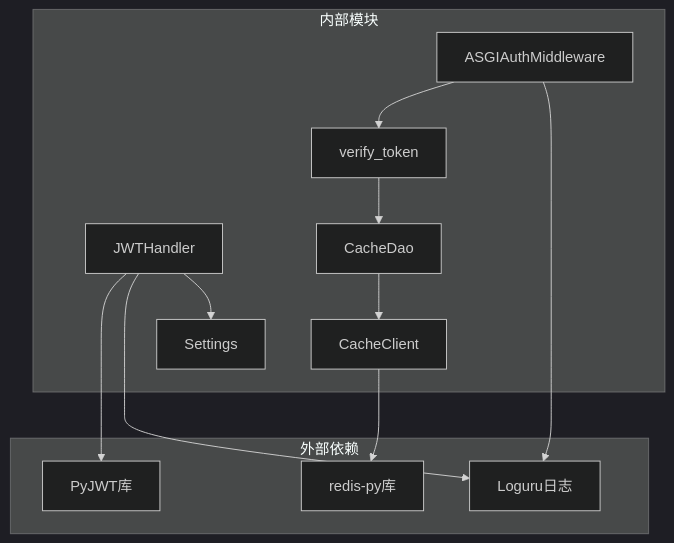
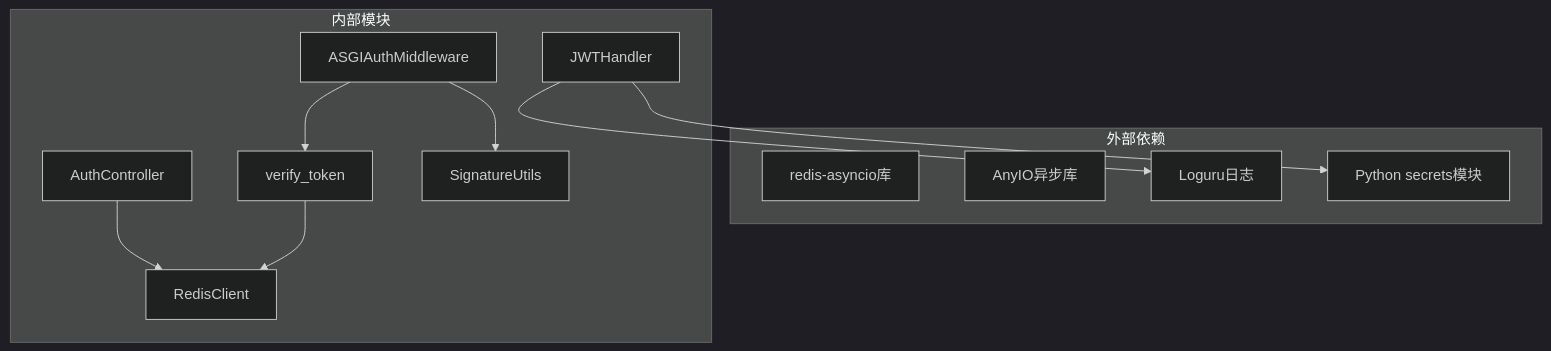
One commit to lilinzezzzzzz/fastapi-backend changed the seventh of 7 diagrams in .qoder/repowiki/zh/content/安全认证机制/JWT Token认证.md. Above: the diagram before and after it, drawn with Mermaid (dark theme). The commit also changed other lines of this file and 42 other files, not shown here.

````diff
--- a/.qoder/repowiki/zh/content/安全认证机制/JWT Token认证.md
+++ b/.qoder/repowiki/zh/content/安全认证机制/JWT Token认证.md
@@ -317,24 +304,23 @@
 ```mermaid
 graph TD
 subgraph "外部依赖"
-JWTLib["PyJWT库"]
-RedisLib["redis-py库"]
+RedisLib["redis-asyncio库"]
+AnyIO["AnyIO异步库"]
 Loguru["Loguru日志"]
+Secrets["Python secrets模块"]
 end
 subgraph "内部模块"
-JWTHandler["JWTHandler"]
+AuthController["AuthController"]
 AuthMiddleware["ASGIAuthMiddleware"]
 CoreAuth["verify_token"]
-CacheDao["CacheDao"]
-CacheClient["CacheClient"]
-Settings["Settings"]
+RedisClient["RedisClient"]
+SignatureUtils["SignatureUtils"]
+JWTHandler["JWTHandler"]
 end
-JWTHandler --> JWTLib
+AuthController --> RedisClient
 AuthMiddleware --> CoreAuth
-CoreAuth --> CacheDao
-CacheDao --> CacheClient
-CacheClient --> RedisLib
-AuthMiddleware --> Loguru
+CoreAuth --> RedisClient
+AuthMiddleware --> SignatureUtils
 JWTHandler --> Loguru
-JWTHandler --> Settings
+JWTHandler --> Secrets
 ```
````
